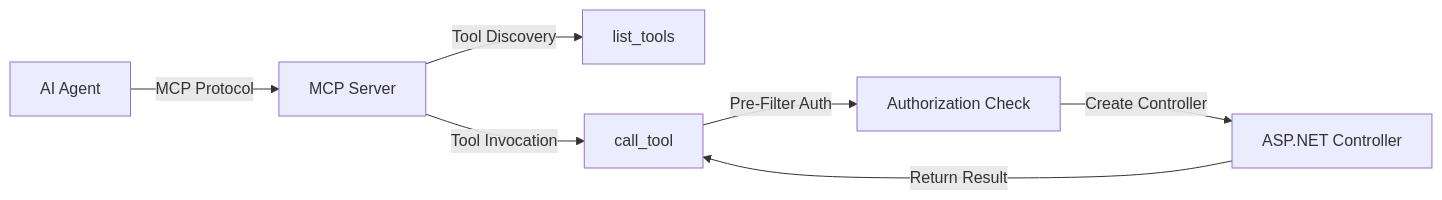
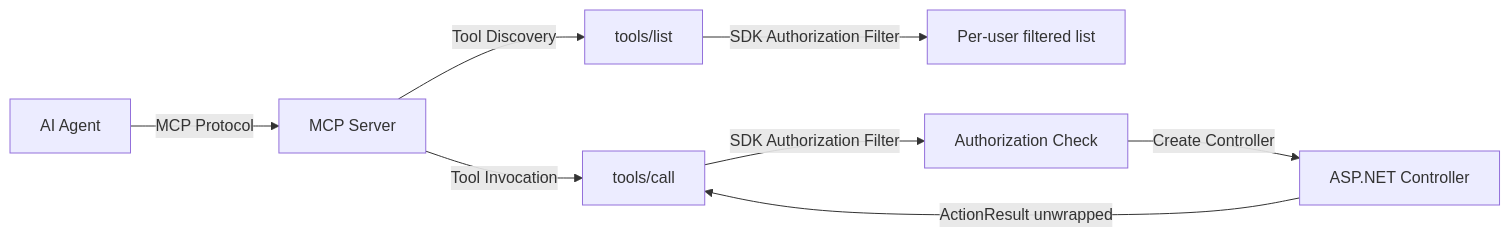
The first of 10 diagrams in docs/MCP-COMPLETE-INTEGRATION-GUIDE.md (LadislavSopko/net-api-with-mcp), drawn with Mermaid before and after one commit. The commit also changed other lines of this file and 4 other files, not shown here.

````diff
--- a/docs/MCP-COMPLETE-INTEGRATION-GUIDE.md
+++ b/docs/MCP-COMPLETE-INTEGRATION-GUIDE.md
@@ -59,9 +65,10 @@
 ```mermaid
 graph LR
     A[AI Agent] -->|MCP Protocol| B[MCP Server]
-    B -->|Tool Discovery| C[list_tools]
-    B -->|Tool Invocation| D[call_tool]
-    D -->|Pre-Filter Auth| E[Authorization Check]
-    E -->|Create Controller| F[ASP.NET Controller]
-    F -->|Return Result| D
+    B -->|Tool Discovery| C[tools/list]
+    B -->|Tool Invocation| D[tools/call]
+    C -->|SDK Authorization Filter| E[Per-user filtered list]
+    D -->|SDK Authorization Filter| F[Authorization Check]
+    F -->|Create Controller| G[ASP.NET Controller]
+    G -->|ActionResult unwrapped| D
 ```
````
